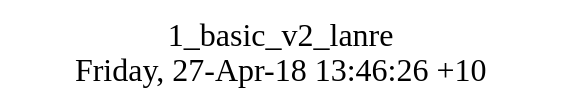
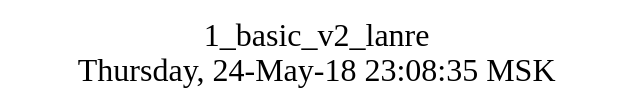
The diagram in src/basic/1_basic_v2_lanres/struct.dot (AplaProject/apps), drawn with Graphviz before and after one commit. The commit also changed 17 other files, not shown here.

```diff
--- a/src/basic/1_basic_v2_lanres/struct.dot
+++ b/src/basic/1_basic_v2_lanres/struct.dot
@@ -1,8 +1,10 @@
 digraph G {
-fontsize="24";
-label="1_basic_v2_lanre\nFriday, 27-Apr-18 13:46:26 +10";
-nojustify=true;
-ordering=out;
-rankdir=LR;
-size="30";
+graph [
+  fontsize="24";
+  label="1_basic_v2_lanre\nThursday, 24-May-18 23:08:35 MSK";
+  nojustify=true;
+  ordering=out;
+  rankdir=LR;
+  size="30";
+];
 }
```
